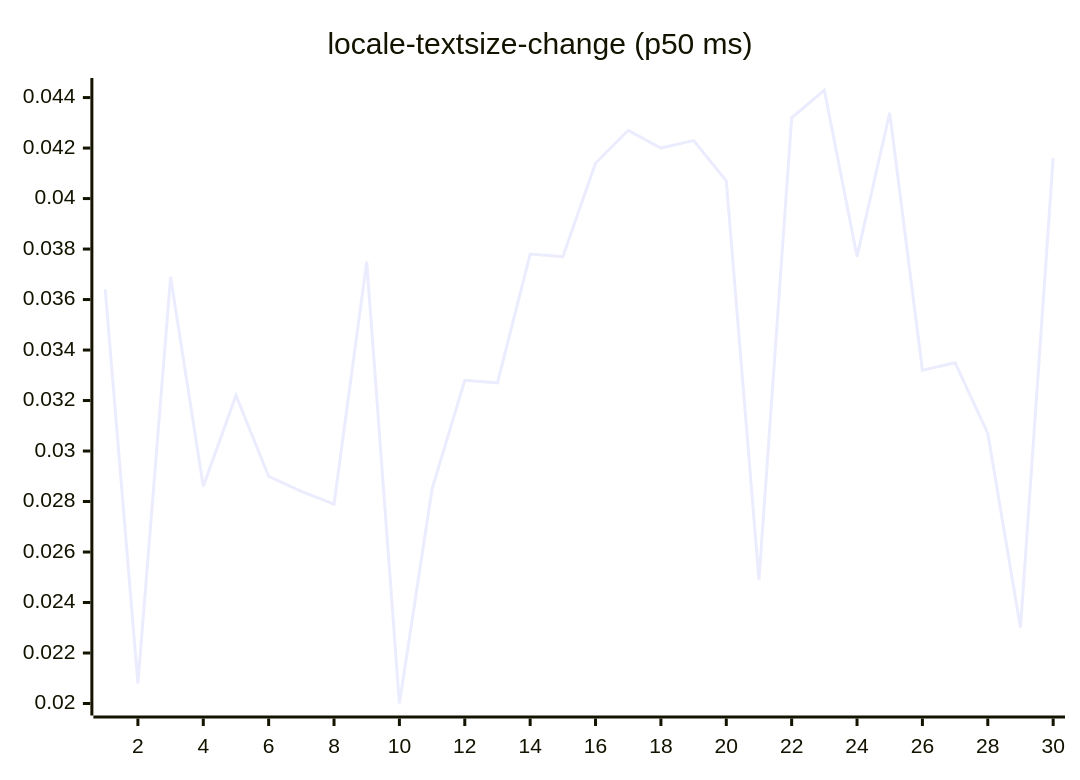
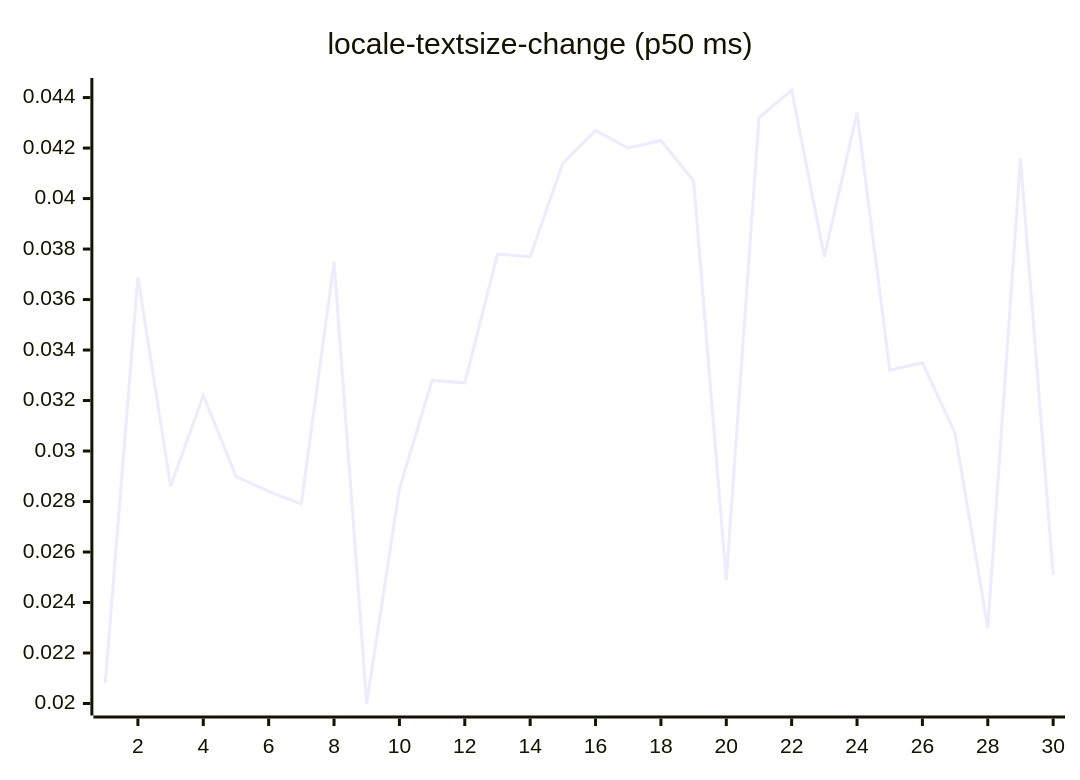
One commit to josha/Facet changed diagram 13 of 27 in README.md. Above: the diagram before and after it, drawn with Mermaid. The commit also changed other lines of this file and 2 other files, not shown here.

````diff
--- a/README.md
+++ b/README.md
@@ -147,6 +147,6 @@
 ```mermaid
 xychart-beta
     title "locale-textsize-change (p50 ms)"
     x-axis 1 --> 30
-    line [0.0364, 0.0208, 0.0369, 0.0286, 0.0322, 0.0290, 0.0284, 0.0279, 0.0375, 0.0200, 0.0285, 0.0328, 0.0327, 0.0378, 0.0377, 0.0414, 0.0427, 0.0420, 0.0423, 0.0407, 0.0249, 0.0432, 0.0443, 0.0377, 0.0434, 0.0332, 0.0335, 0.0307, 0.0230, 0.0416]
+    line [0.0208, 0.0369, 0.0286, 0.0322, 0.0290, 0.0284, 0.0279, 0.0375, 0.0200, 0.0285, 0.0328, 0.0327, 0.0378, 0.0377, 0.0414, 0.0427, 0.0420, 0.0423, 0.0407, 0.0249, 0.0432, 0.0443, 0.0377, 0.0434, 0.0332, 0.0335, 0.0307, 0.0230, 0.0416, 0.0251]
 ```
````
